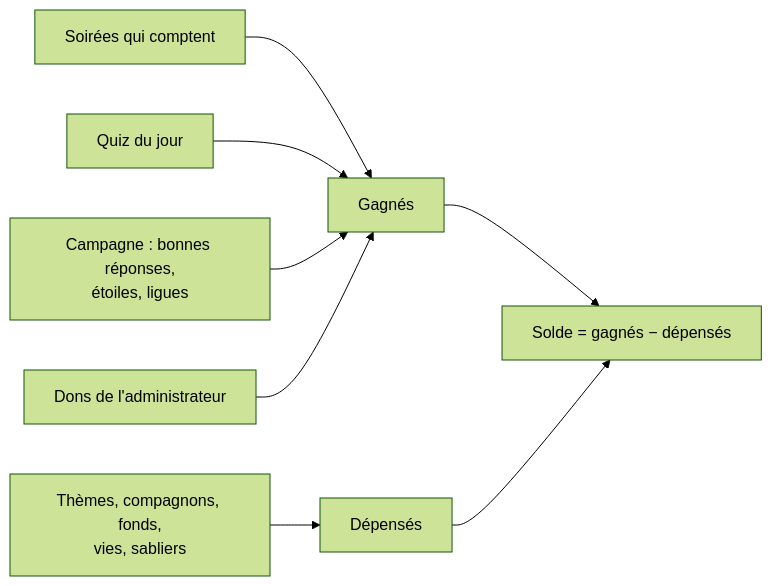
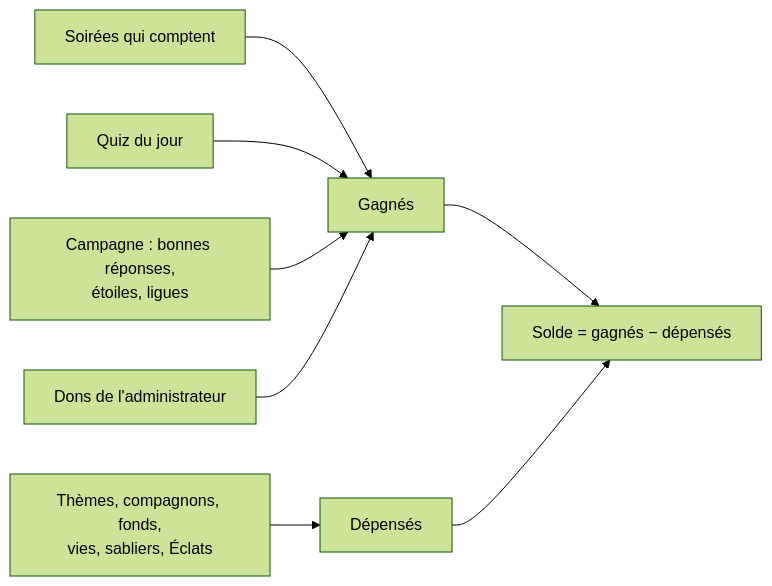
The diagram in docs/produit/la-boutique.md (Maxilyas/FiestApp), drawn with Mermaid (forest theme) before and after one commit. The commit also changed other lines of this file and 33 other files, not shown here.

````diff
--- a/docs/produit/la-boutique.md
+++ b/docs/produit/la-boutique.md
@@ -45,10 +46,10 @@
 ```mermaid
 flowchart LR
   S["Soirées qui comptent"] --> G["Gagnés"]
   J["Quiz du jour"] --> G
   C["Campagne : bonnes réponses,<br/>étoiles, ligues"] --> G
   D["Dons de l'administrateur"] --> G
-  A["Thèmes, compagnons, fonds,<br/>vies, sabliers"] --> P["Dépensés"]
+  A["Thèmes, compagnons, fonds,<br/>vies, sabliers, Éclats"] --> P["Dépensés"]
   G --> R["Solde = gagnés − dépensés"]
   P --> R
 ```
````
